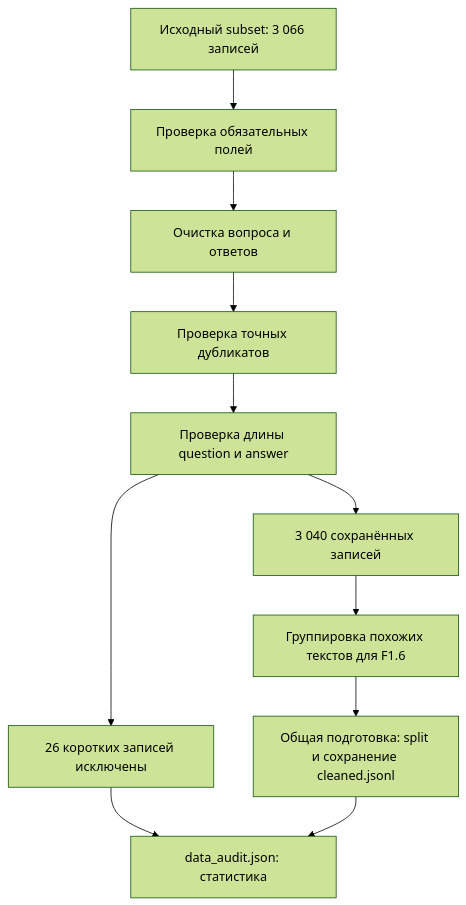
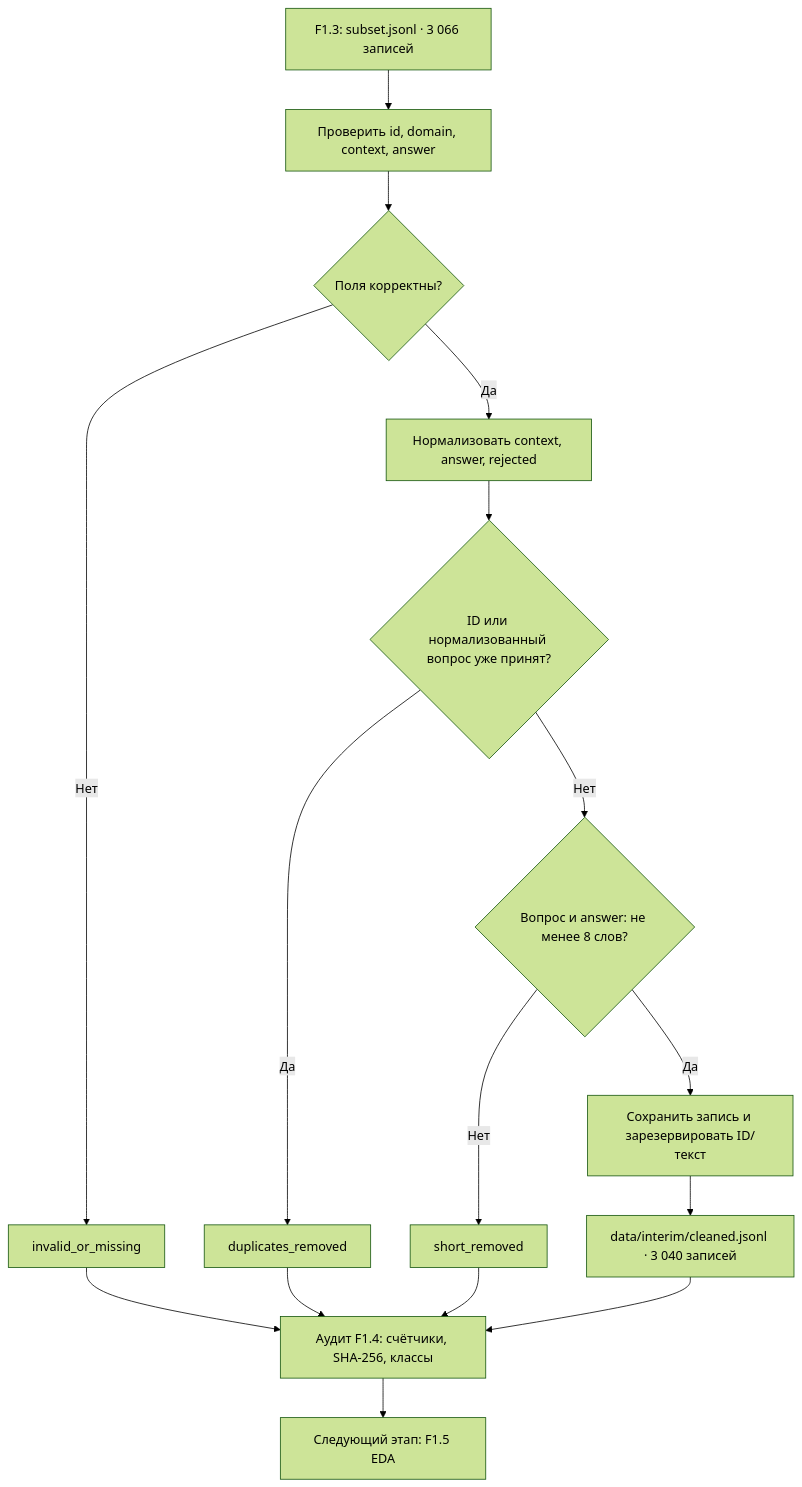
The diagram in docs/steps/F1_04_cleaning.md (trasher88/ml-engineering-lab), drawn with Mermaid (forest theme) before and after one commit. The commit also changed other lines of this file and 8 other files, not shown here.

````diff
--- a/docs/steps/F1_04_cleaning.md
+++ b/docs/steps/F1_04_cleaning.md
@@ -58,13 +222,18 @@
 ```mermaid
 flowchart TD
-    A["Исходный subset: 3 066 записей"] --> B["Проверка обязательных полей"]
-    B --> C["Очистка вопроса и ответов"]
-    C --> D["Проверка точных дубликатов"]
-    D --> E["Проверка длины question и answer"]
-    E --> F["3 040 сохранённых записей"]
-    E --> G["26 коротких записей исключены"]
-    F --> H["Группировка похожих текстов для F1.6"]
-    H --> I["Общая подготовка: split и сохранение cleaned.jsonl"]
-    G --> J["data_audit.json: статистика"]
-    I --> J
+    A["F1.3: subset.jsonl · 3 066 записей"] --> B["Проверить id, domain, context, answer"]
+    B --> C{"Поля корректны?"}
+    C -->|Нет| X["invalid_or_missing"]
+    C -->|Да| D["Нормализовать context, answer, rejected"]
+    D --> E{"ID или нормализованный вопрос уже принят?"}
+    E -->|Да| Y["duplicates_removed"]
+    E -->|Нет| F{"Вопрос и answer: не менее 8 слов?"}
+    F -->|Нет| Z["short_removed"]
+    F -->|Да| G["Сохранить запись и зарезервировать ID/текст"]
+    G --> H["data/interim/cleaned.jsonl · 3 040 записей"]
+    X --> I["Аудит F1.4: счётчики, SHA-256, классы"]
+    Y --> I
+    Z --> I
+    H --> I
+    I --> J["Следующий этап: F1.5 EDA"]
 ```
````
